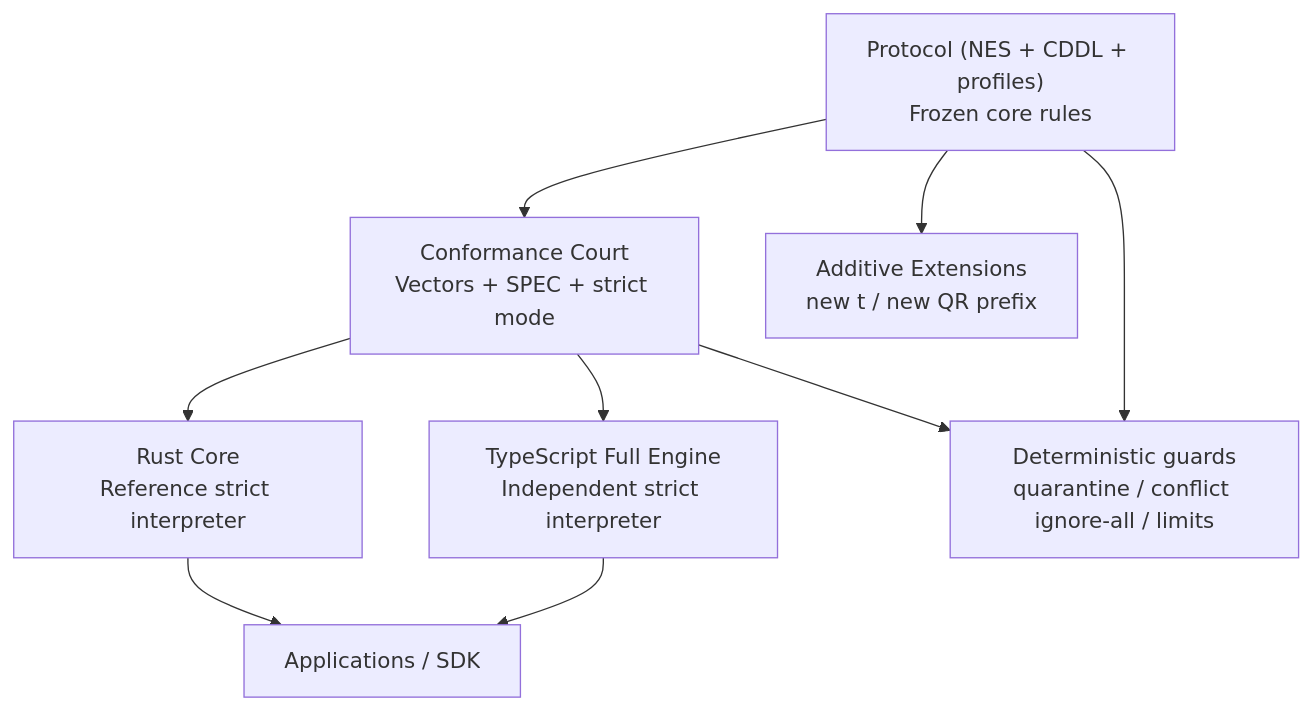
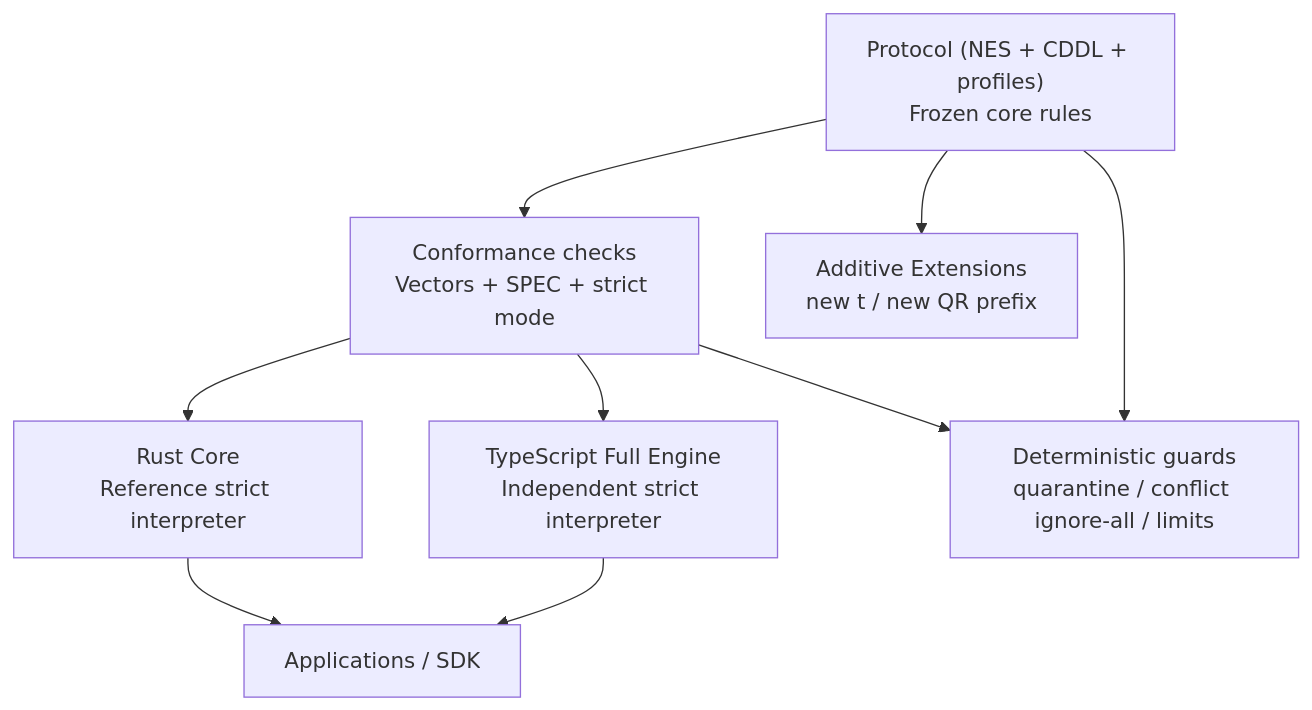
One commit to IvGolovach/grain-protocol changed the diagram in docs/human/architecture.md. Above: the diagram before and after it, drawn with Mermaid. The commit also changed other lines of this file and 40 other files, not shown here.

````diff
--- a/docs/human/architecture.md
+++ b/docs/human/architecture.md
@@ -5,20 +5,20 @@
 ```mermaid
 flowchart TB
     P["Protocol (NES + CDDL + profiles)\nFrozen core rules"]
-    C["Conformance Court\nVectors + SPEC + strict mode"]
+    C["Conformance checks\nVectors + SPEC + strict mode"]
     R["Rust Core\nReference strict interpreter"]
     T["TypeScript Full Engine\nIndependent strict interpreter"]
     A["Applications / SDK"]
     E["Additive Extensions\nnew t / new QR prefix"]
 
     P --> C
     C --> R
     C --> T
     R --> A
     T --> A
     P --> E
 
     Q["Deterministic guards\nquarantine / conflict ignore-all / limits"]
     P --> Q
     C --> Q
 ```
````
